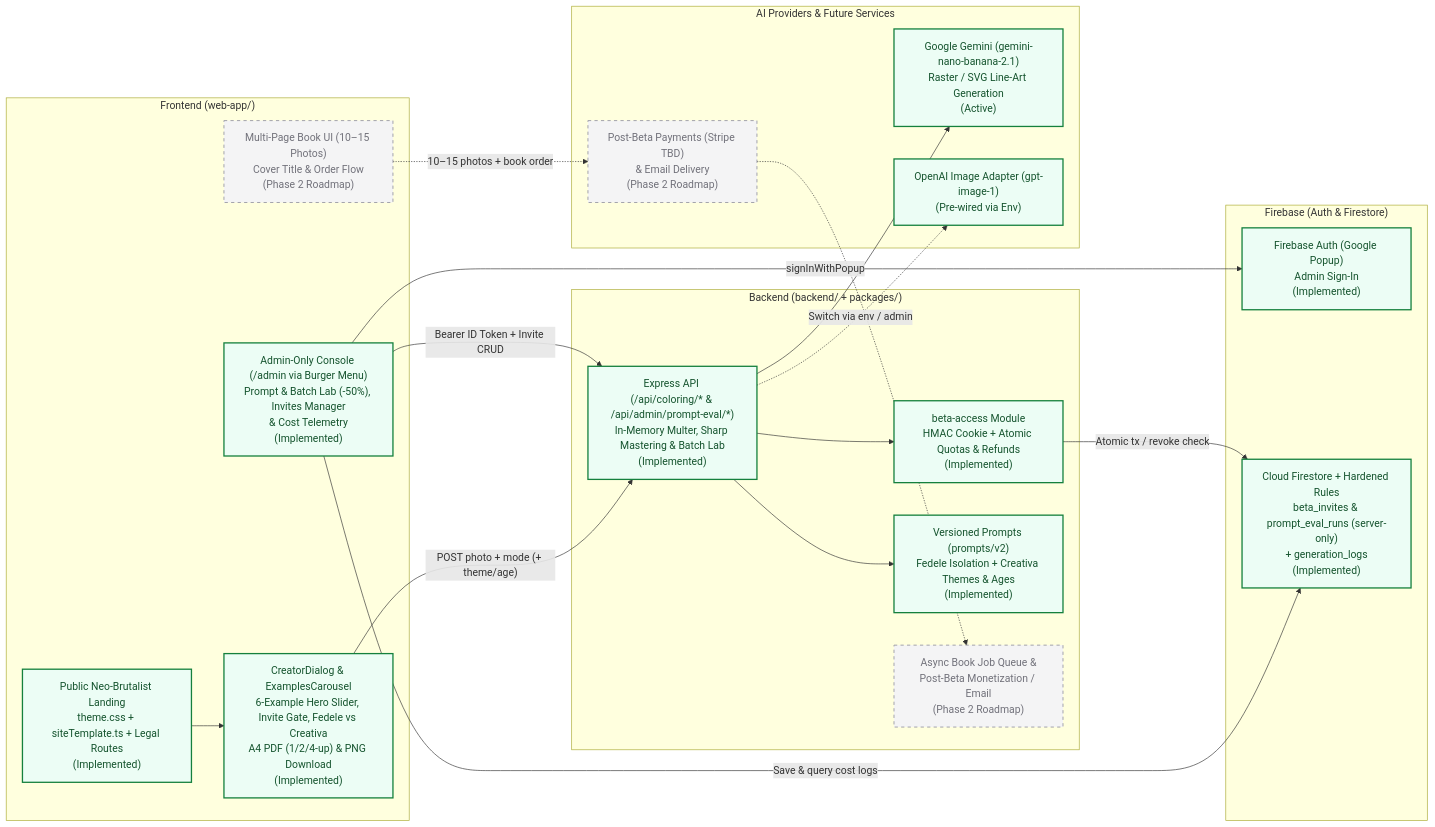
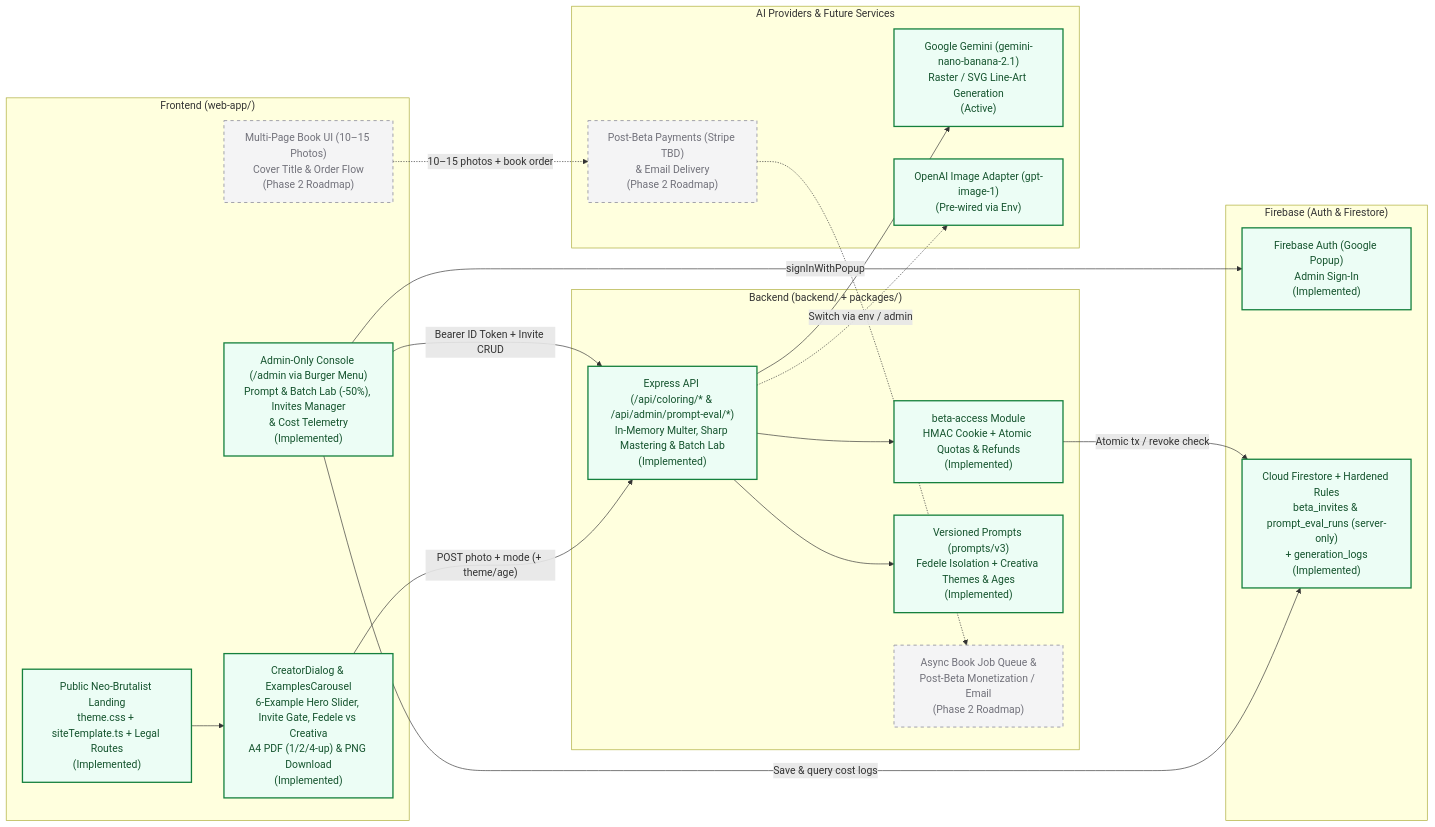
One commit to MarcoFierimonte/ColoraStoriaAI changed the diagram in README.md. Above: the diagram before and after it, drawn with Mermaid. The commit also changed other lines of this file and 21 other files, not shown here.

````diff
--- a/README.md
+++ b/README.md
@@ -57,44 +57,44 @@
 ```mermaid
 flowchart LR
   subgraph Client["Frontend (web-app/)"]
     Landing["Public Neo-Brutalist Landing<br/>theme.css + siteTemplate.ts + Legal Routes<br/>(Implemented)"]:::done
     Creator["CreatorDialog & ExamplesCarousel<br/>6-Example Hero Slider, Invite Gate, Fedele vs Creativa<br/>A4 PDF (1/2/4-up) & PNG Download<br/>(Implemented)"]:::done
     AdminUI["Admin-Only Console (/admin via Burger Menu)<br/>Prompt & Batch Lab (-50%), Invites Manager<br/>& Cost Telemetry<br/>(Implemented)"]:::done
     BookUI["Multi-Page Book UI (10–15 Photos)<br/>Cover Title & Order Flow<br/>(Phase 2 Roadmap)"]:::pending
   end
 
   subgraph Firebase["Firebase (Auth & Firestore)"]
     FirebaseAuth["Firebase Auth (Google Popup)<br/>Admin Sign-In<br/>(Implemented)"]:::done
     Firestore["Cloud Firestore + Hardened Rules<br/>beta_invites & prompt_eval_runs (server-only)<br/>+ generation_logs<br/>(Implemented)"]:::done
   end
 
   subgraph Server["Backend (backend/ + packages/)"]
     BetaGate["beta-access Module<br/>HMAC Cookie + Atomic Quotas & Refunds<br/>(Implemented)"]:::done
     API["Express API (/api/coloring/* & /api/admin/prompt-eval/*)<br/>In-Memory Multer, Sharp Mastering & Batch Lab<br/>(Implemented)"]:::done
-    Prompts["Versioned Prompts (prompts/v2)<br/>Fedele Isolation + Creativa Themes & Ages<br/>(Implemented)"]:::done
+    Prompts["Versioned Prompts (prompts/v3)<br/>Fedele Isolation + Creativa Themes & Ages<br/>(Implemented)"]:::done
     JobQueue["Async Book Job Queue &<br/>Post-Beta Monetization / Email<br/>(Phase 2 Roadmap)"]:::pending
   end
 
   subgraph External["AI Providers & Future Services"]
     Gemini["Google Gemini (gemini-nano-banana-2.1)<br/>Raster / SVG Line-Art Generation<br/>(Active)"]:::done
     OpenAI["OpenAI Image Adapter (gpt-image-1)<br/>(Pre-wired via Env)"]:::done
     Monetization["Post-Beta Payments (Stripe TBD)<br/>& Email Delivery<br/>(Phase 2 Roadmap)"]:::pending
   end
 
   Landing --> Creator
   Creator -->|"POST photo + mode (+ theme/age)"| API
   AdminUI -->|"signInWithPopup"| FirebaseAuth
   AdminUI -->|"Bearer ID Token + Invite CRUD"| API
   AdminUI -->|"Save & query cost logs"| Firestore
   BookUI -.->|"10–15 photos + book order"| Monetization
 
   API --> BetaGate
   BetaGate -->|"Atomic tx / revoke check"| Firestore
   API --> Prompts
   API --> Gemini
   API -.->|"Switch via env / admin"| OpenAI
   Monetization -.-> JobQueue
 
   classDef done fill:#ecfdf5,stroke:#15803d,stroke-width:2px,color:#14532d
   classDef pending fill:#f4f4f5,stroke:#a1a1aa,stroke-width:1.5px,stroke-dasharray:5 5,color:#71717a
 ```
````
